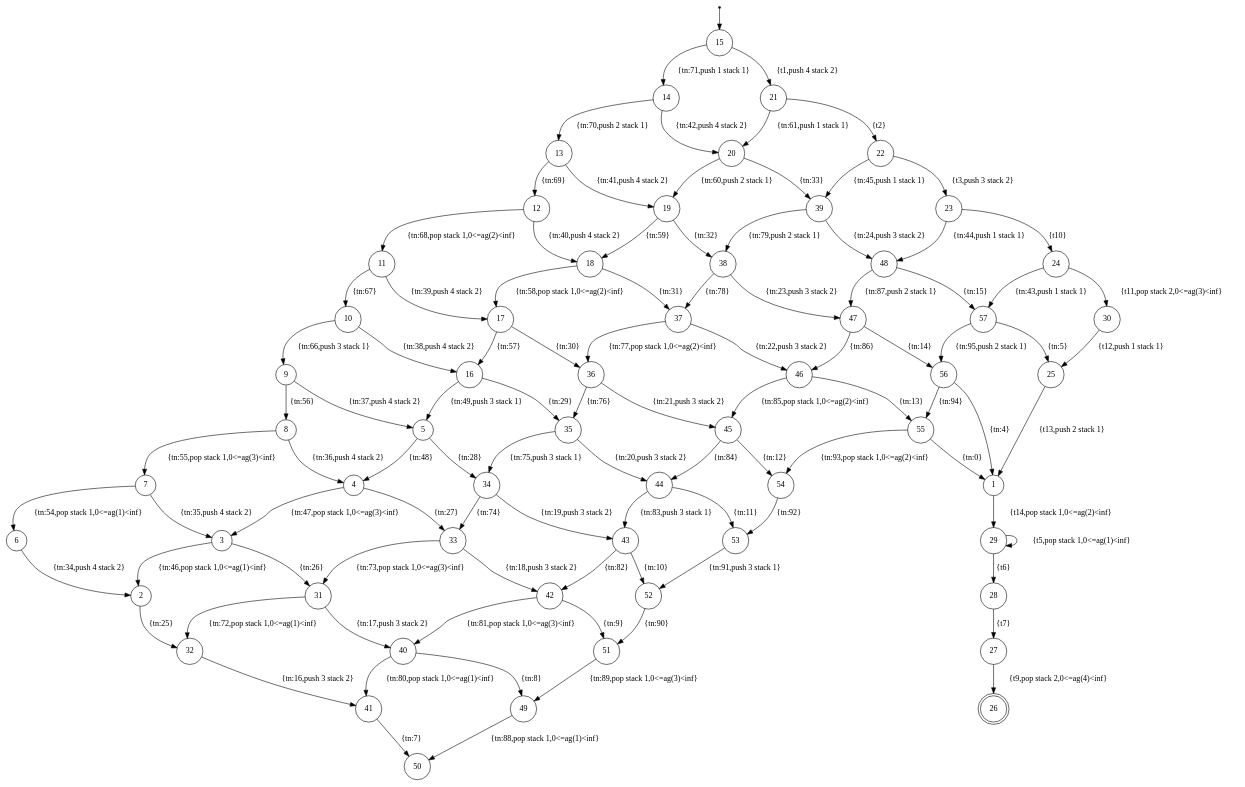
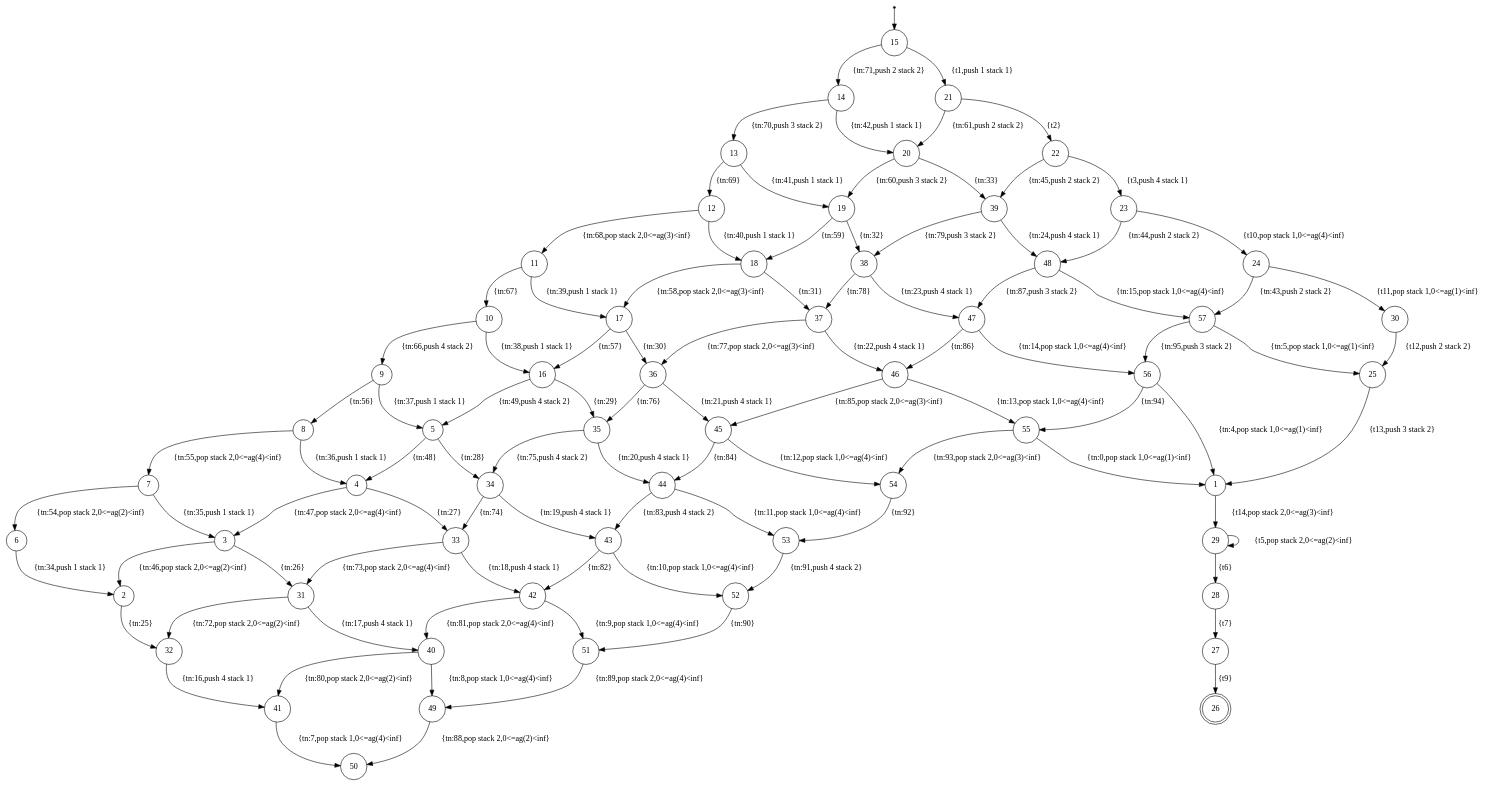
The diagram in Benchmarks in Paper/unTimed/Bluetooth/Bluetooth.xml.dot (Sparsa/bhim), drawn with Graphviz before and after one commit. The commit also changed 1 other file, not shown here.

```diff
--- a/Benchmarks in Paper/unTimed/Bluetooth/Bluetooth.xml.dot
+++ b/Benchmarks in Paper/unTimed/Bluetooth/Bluetooth.xml.dot
@@ -1,102 +1,102 @@
 digraph finite_state_machine {
 	node [shape = point ]; qi0;
 	node [shape = doublecircle];26;
 	node [shape=circle];
 	qi0 -> 15;
-	55 -> 1 [ label = "{tn:0}" ];
-	29 -> 29 [ label = "{t5,pop stack 1,0<=ag(1)<inf}" ];
-	1 -> 29 [ label = "{t14,pop stack 1,0<=ag(2)<inf}" ];
-	25 -> 1 [ label = "{t13,push 2 stack 1}" ];
-	56 -> 1 [ label = "{tn:4}" ];
-	57 -> 25 [ label = "{tn:5}" ];
-	30 -> 25 [ label = "{t12,push 1 stack 1}" ];
-	41 -> 50 [ label = "{tn:7}" ];
-	40 -> 49 [ label = "{tn:8}" ];
-	42 -> 51 [ label = "{tn:9}" ];
-	43 -> 52 [ label = "{tn:10}" ];
-	44 -> 53 [ label = "{tn:11}" ];
-	45 -> 54 [ label = "{tn:12}" ];
-	46 -> 55 [ label = "{tn:13}" ];
-	47 -> 56 [ label = "{tn:14}" ];
-	48 -> 57 [ label = "{tn:15}" ];
-	32 -> 41 [ label = "{tn:16,push 3 stack 2}" ];
-	31 -> 40 [ label = "{tn:17,push 3 stack 2}" ];
-	33 -> 42 [ label = "{tn:18,push 3 stack 2}" ];
-	34 -> 43 [ label = "{tn:19,push 3 stack 2}" ];
-	35 -> 44 [ label = "{tn:20,push 3 stack 2}" ];
-	36 -> 45 [ label = "{tn:21,push 3 stack 2}" ];
-	37 -> 46 [ label = "{tn:22,push 3 stack 2}" ];
-	38 -> 47 [ label = "{tn:23,push 3 stack 2}" ];
-	39 -> 48 [ label = "{tn:24,push 3 stack 2}" ];
+	55 -> 1 [ label = "{tn:0,pop stack 1,0<=ag(1)<inf}" ];
+	29 -> 29 [ label = "{t5,pop stack 2,0<=ag(2)<inf}" ];
+	1 -> 29 [ label = "{t14,pop stack 2,0<=ag(3)<inf}" ];
+	25 -> 1 [ label = "{t13,push 3 stack 2}" ];
+	56 -> 1 [ label = "{tn:4,pop stack 1,0<=ag(1)<inf}" ];
+	57 -> 25 [ label = "{tn:5,pop stack 1,0<=ag(1)<inf}" ];
+	30 -> 25 [ label = "{t12,push 2 stack 2}" ];
+	41 -> 50 [ label = "{tn:7,pop stack 1,0<=ag(4)<inf}" ];
+	40 -> 49 [ label = "{tn:8,pop stack 1,0<=ag(4)<inf}" ];
+	42 -> 51 [ label = "{tn:9,pop stack 1,0<=ag(4)<inf}" ];
+	43 -> 52 [ label = "{tn:10,pop stack 1,0<=ag(4)<inf}" ];
+	44 -> 53 [ label = "{tn:11,pop stack 1,0<=ag(4)<inf}" ];
+	45 -> 54 [ label = "{tn:12,pop stack 1,0<=ag(4)<inf}" ];
+	46 -> 55 [ label = "{tn:13,pop stack 1,0<=ag(4)<inf}" ];
+	47 -> 56 [ label = "{tn:14,pop stack 1,0<=ag(4)<inf}" ];
+	48 -> 57 [ label = "{tn:15,pop stack 1,0<=ag(4)<inf}" ];
+	32 -> 41 [ label = "{tn:16,push 4 stack 1}" ];
+	31 -> 40 [ label = "{tn:17,push 4 stack 1}" ];
+	33 -> 42 [ label = "{tn:18,push 4 stack 1}" ];
+	34 -> 43 [ label = "{tn:19,push 4 stack 1}" ];
+	35 -> 44 [ label = "{tn:20,push 4 stack 1}" ];
+	36 -> 45 [ label = "{tn:21,push 4 stack 1}" ];
+	37 -> 46 [ label = "{tn:22,push 4 stack 1}" ];
+	38 -> 47 [ label = "{tn:23,push 4 stack 1}" ];
+	39 -> 48 [ label = "{tn:24,push 4 stack 1}" ];
 	2 -> 32 [ label = "{tn:25}" ];
 	3 -> 31 [ label = "{tn:26}" ];
 	4 -> 33 [ label = "{tn:27}" ];
 	5 -> 34 [ label = "{tn:28}" ];
 	16 -> 35 [ label = "{tn:29}" ];
 	17 -> 36 [ label = "{tn:30}" ];
 	18 -> 37 [ label = "{tn:31}" ];
 	19 -> 38 [ label = "{tn:32}" ];
 	20 -> 39 [ label = "{tn:33}" ];
-	6 -> 2 [ label = "{tn:34,push 4 stack 2}" ];
-	7 -> 3 [ label = "{tn:35,push 4 stack 2}" ];
-	8 -> 4 [ label = "{tn:36,push 4 stack 2}" ];
-	9 -> 5 [ label = "{tn:37,push 4 stack 2}" ];
-	10 -> 16 [ label = "{tn:38,push 4 stack 2}" ];
-	11 -> 17 [ label = "{tn:39,push 4 stack 2}" ];
-	12 -> 18 [ label = "{tn:40,push 4 stack 2}" ];
-	13 -> 19 [ label = "{tn:41,push 4 stack 2}" ];
-	14 -> 20 [ label = "{tn:42,push 4 stack 2}" ];
-	24 -> 57 [ label = "{tn:43,push 1 stack 1}" ];
-	23 -> 48 [ label = "{tn:44,push 1 stack 1}" ];
-	22 -> 39 [ label = "{tn:45,push 1 stack 1}" ];
-	3 -> 2 [ label = "{tn:46,pop stack 1,0<=ag(1)<inf}" ];
-	4 -> 3 [ label = "{tn:47,pop stack 1,0<=ag(3)<inf}" ];
+	6 -> 2 [ label = "{tn:34,push 1 stack 1}" ];
+	7 -> 3 [ label = "{tn:35,push 1 stack 1}" ];
+	8 -> 4 [ label = "{tn:36,push 1 stack 1}" ];
+	9 -> 5 [ label = "{tn:37,push 1 stack 1}" ];
+	10 -> 16 [ label = "{tn:38,push 1 stack 1}" ];
+	11 -> 17 [ label = "{tn:39,push 1 stack 1}" ];
+	12 -> 18 [ label = "{tn:40,push 1 stack 1}" ];
+	13 -> 19 [ label = "{tn:41,push 1 stack 1}" ];
+	14 -> 20 [ label = "{tn:42,push 1 stack 1}" ];
+	24 -> 57 [ label = "{tn:43,push 2 stack 2}" ];
+	23 -> 48 [ label = "{tn:44,push 2 stack 2}" ];
+	22 -> 39 [ label = "{tn:45,push 2 stack 2}" ];
+	3 -> 2 [ label = "{tn:46,pop stack 2,0<=ag(2)<inf}" ];
+	4 -> 3 [ label = "{tn:47,pop stack 2,0<=ag(4)<inf}" ];
 	5 -> 4 [ label = "{tn:48}" ];
-	16 -> 5 [ label = "{tn:49,push 3 stack 1}" ];
-	27 -> 26 [ label = "{t9,pop stack 2,0<=ag(4)<inf}" ];
+	16 -> 5 [ label = "{tn:49,push 4 stack 2}" ];
+	27 -> 26 [ label = "{t9}" ];
 	28 -> 27 [ label = "{t7}" ];
 	29 -> 28 [ label = "{t6}" ];
-	15 -> 21 [ label = "{t1,push 4 stack 2}" ];
-	7 -> 6 [ label = "{tn:54,pop stack 1,0<=ag(1)<inf}" ];
-	8 -> 7 [ label = "{tn:55,pop stack 1,0<=ag(3)<inf}" ];
+	15 -> 21 [ label = "{t1,push 1 stack 1}" ];
+	7 -> 6 [ label = "{tn:54,pop stack 2,0<=ag(2)<inf}" ];
+	8 -> 7 [ label = "{tn:55,pop stack 2,0<=ag(4)<inf}" ];
 	9 -> 8 [ label = "{tn:56}" ];
 	17 -> 16 [ label = "{tn:57}" ];
-	18 -> 17 [ label = "{tn:58,pop stack 1,0<=ag(2)<inf}" ];
+	18 -> 17 [ label = "{tn:58,pop stack 2,0<=ag(3)<inf}" ];
 	19 -> 18 [ label = "{tn:59}" ];
-	20 -> 19 [ label = "{tn:60,push 2 stack 1}" ];
-	21 -> 20 [ label = "{tn:61,push 1 stack 1}" ];
-	24 -> 30 [ label = "{t11,pop stack 2,0<=ag(3)<inf}" ];
-	23 -> 24 [ label = "{t10}" ];
-	22 -> 23 [ label = "{t3,push 3 stack 2}" ];
+	20 -> 19 [ label = "{tn:60,push 3 stack 2}" ];
+	21 -> 20 [ label = "{tn:61,push 2 stack 2}" ];
+	24 -> 30 [ label = "{t11,pop stack 1,0<=ag(1)<inf}" ];
+	23 -> 24 [ label = "{t10,pop stack 1,0<=ag(4)<inf}" ];
+	22 -> 23 [ label = "{t3,push 4 stack 1}" ];
 	21 -> 22 [ label = "{t2}" ];
-	10 -> 9 [ label = "{tn:66,push 3 stack 1}" ];
+	10 -> 9 [ label = "{tn:66,push 4 stack 2}" ];
 	11 -> 10 [ label = "{tn:67}" ];
-	12 -> 11 [ label = "{tn:68,pop stack 1,0<=ag(2)<inf}" ];
+	12 -> 11 [ label = "{tn:68,pop stack 2,0<=ag(3)<inf}" ];
 	13 -> 12 [ label = "{tn:69}" ];
-	14 -> 13 [ label = "{tn:70,push 2 stack 1}" ];
-	15 -> 14 [ label = "{tn:71,push 1 stack 1}" ];
-	31 -> 32 [ label = "{tn:72,pop stack 1,0<=ag(1)<inf}" ];
-	33 -> 31 [ label = "{tn:73,pop stack 1,0<=ag(3)<inf}" ];
+	14 -> 13 [ label = "{tn:70,push 3 stack 2}" ];
+	15 -> 14 [ label = "{tn:71,push 2 stack 2}" ];
+	31 -> 32 [ label = "{tn:72,pop stack 2,0<=ag(2)<inf}" ];
+	33 -> 31 [ label = "{tn:73,pop stack 2,0<=ag(4)<inf}" ];
 	34 -> 33 [ label = "{tn:74}" ];
-	35 -> 34 [ label = "{tn:75,push 3 stack 1}" ];
+	35 -> 34 [ label = "{tn:75,push 4 stack 2}" ];
 	36 -> 35 [ label = "{tn:76}" ];
-	37 -> 36 [ label = "{tn:77,pop stack 1,0<=ag(2)<inf}" ];
+	37 -> 36 [ label = "{tn:77,pop stack 2,0<=ag(3)<inf}" ];
 	38 -> 37 [ label = "{tn:78}" ];
-	39 -> 38 [ label = "{tn:79,push 2 stack 1}" ];
-	40 -> 41 [ label = "{tn:80,pop stack 1,0<=ag(1)<inf}" ];
-	42 -> 40 [ label = "{tn:81,pop stack 1,0<=ag(3)<inf}" ];
+	39 -> 38 [ label = "{tn:79,push 3 stack 2}" ];
+	40 -> 41 [ label = "{tn:80,pop stack 2,0<=ag(2)<inf}" ];
+	42 -> 40 [ label = "{tn:81,pop stack 2,0<=ag(4)<inf}" ];
 	43 -> 42 [ label = "{tn:82}" ];
-	44 -> 43 [ label = "{tn:83,push 3 stack 1}" ];
+	44 -> 43 [ label = "{tn:83,push 4 stack 2}" ];
 	45 -> 44 [ label = "{tn:84}" ];
-	46 -> 45 [ label = "{tn:85,pop stack 1,0<=ag(2)<inf}" ];
+	46 -> 45 [ label = "{tn:85,pop stack 2,0<=ag(3)<inf}" ];
 	47 -> 46 [ label = "{tn:86}" ];
-	48 -> 47 [ label = "{tn:87,push 2 stack 1}" ];
-	49 -> 50 [ label = "{tn:88,pop stack 1,0<=ag(1)<inf}" ];
-	51 -> 49 [ label = "{tn:89,pop stack 1,0<=ag(3)<inf}" ];
+	48 -> 47 [ label = "{tn:87,push 3 stack 2}" ];
+	49 -> 50 [ label = "{tn:88,pop stack 2,0<=ag(2)<inf}" ];
+	51 -> 49 [ label = "{tn:89,pop stack 2,0<=ag(4)<inf}" ];
 	52 -> 51 [ label = "{tn:90}" ];
-	53 -> 52 [ label = "{tn:91,push 3 stack 1}" ];
+	53 -> 52 [ label = "{tn:91,push 4 stack 2}" ];
 	54 -> 53 [ label = "{tn:92}" ];
-	55 -> 54 [ label = "{tn:93,pop stack 1,0<=ag(2)<inf}" ];
+	55 -> 54 [ label = "{tn:93,pop stack 2,0<=ag(3)<inf}" ];
 	56 -> 55 [ label = "{tn:94}" ];
-	57 -> 56 [ label = "{tn:95,push 2 stack 1}" ];
+	57 -> 56 [ label = "{tn:95,push 3 stack 2}" ];
 }
```
